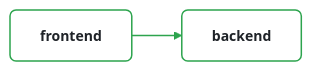
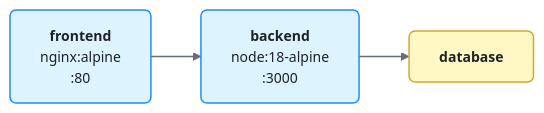
The diagram in README.md (nithyatsu/prototype), drawn with Mermaid before and after one commit. The commit also changed other lines of this file and 1 other file, not shown here.

````diff
--- a/README.md
+++ b/README.md
@@ -191,13 +10,17 @@
 ```mermaid
-%%{ init: { 'theme': 'base', 'themeVariables': { 'primaryColor': '#ffffff', 'primaryTextColor': '#1f2328', 'primaryBorderColor': '#d1d9e0', 'lineColor': '#2da44e', 'secondaryColor': '#f6f8fa', 'tertiaryColor': '#ffffff', 'background': '#ffffff', 'mainBkg': '#ffffff', 'nodeBorder': '#d1d9e0', 'clusterBkg': '#f6f8fa', 'clusterBorder': '#d1d9e0', 'fontSize': '14px', 'fontFamily': '-apple-system, BlinkMacSystemFont, Segoe UI, Noto Sans, Helvetica, Arial, sans-serif' } } }%%
+%%{ init: { 'theme': 'base', 'themeVariables': { 'primaryColor': '#ffffff', 'primaryTextColor': '#1f2328', 'primaryBorderColor': '#d1d9e0', 'lineColor': '#656d76', 'secondaryColor': '#f6f8fa', 'tertiaryColor': '#ffffff', 'background': '#ffffff', 'mainBkg': '#ffffff', 'nodeBorder': '#d1d9e0', 'clusterBkg': '#f6f8fa', 'clusterBorder': '#d1d9e0', 'fontSize': '14px', 'fontFamily': '-apple-system, BlinkMacSystemFont, Segoe UI, Noto Sans, Helvetica, Arial, sans-serif' } } }%%
 graph LR
-    classDef container fill:#ffffff,stroke:#2da44e,stroke-width:1.5px,color:#1f2328,rx:6,ry:6
-    classDef datastore fill:#ffffff,stroke:#d4a72c,stroke-width:1.5px,color:#1f2328,rx:6,ry:6
-    classDef other fill:#ffffff,stroke:#d1d9e0,stroke-width:1.5px,color:#1f2328,rx:6,ry:6
-    backend["<b>backend</b>"]:::container
-    frontend["<b>frontend</b>"]:::container
+    classDef container fill:#ddf4ff,stroke:#218bff,stroke-width:1.5px,color:#1f2328,rx:6,ry:6
+    classDef datastore fill:#fff8c5,stroke:#d4a72c,stroke-width:1.5px,color:#1f2328,rx:6,ry:6
+    classDef other fill:#f6f8fa,stroke:#d1d9e0,stroke-width:1.5px,color:#1f2328,rx:6,ry:6
+    frontend["<b>frontend</b><br/>nginx:alpine<br/>:80"]:::container
+    backend["<b>backend</b><br/>node:18-alpine<br/>:3000"]:::container
+    database["<b>database</b>"]:::datastore
     frontend --> backend
-    click backend href "https://github.com/nithyatsu/prototype/blob/main/app.bicep#L50" "app.bicep:50" _blank
-    click frontend href "https://github.com/nithyatsu/prototype/blob/main/app.bicep#L23" "app.bicep:23" _blank
-    linkStyle 0 stroke:#2da44e,stroke-width:1.5px
+    backend --> database
+    click frontend "https://github.com/nithyatsu/prototype/blob/main/app.bicep#L18" "frontend — app.bicep line 18"
+    click backend "https://github.com/nithyatsu/prototype/blob/main/app.bicep#L45" "backend — app.bicep line 45"
+    click database "https://github.com/nithyatsu/prototype/blob/main/app.bicep#L75" "database — app.bicep line 75"
+    linkStyle 0 stroke:#656d76,stroke-width:1.5px
+    linkStyle 1 stroke:#656d76,stroke-width:1.5px
 ```
````
